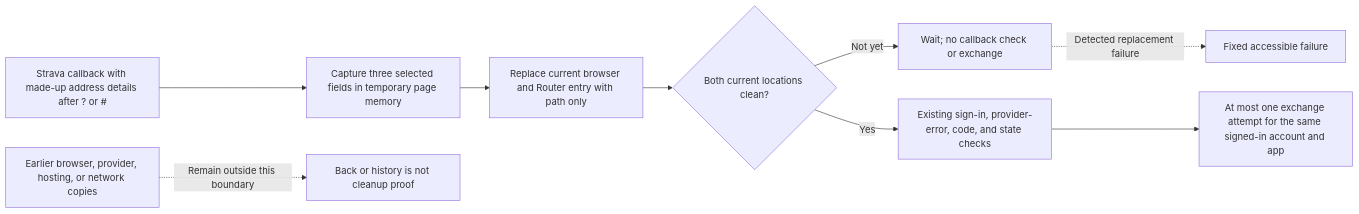
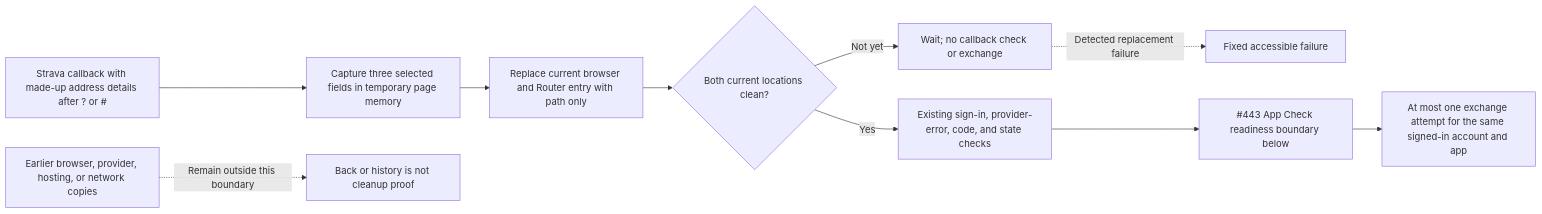
One commit to Run-MPRC/Run-MPRC.github.io changed the fourth of 47 diagrams in SYSTEM_DESIGN.md. Above: the diagram before and after it, drawn with Mermaid. The commit also changed other lines of this file and 7 other files, not shown here.

Commit message:
fix: prepare App Check after Strava callback cleanup

````diff
--- a/SYSTEM_DESIGN.md
+++ b/SYSTEM_DESIGN.md
@@ -137,11 +137,12 @@
 ```mermaid
 flowchart LR
     Route["Strava callback with made-up address details after ? or #"] --> Capture["Capture three selected fields in temporary page memory"]
     Capture --> Replace["Replace current browser and Router entry with path only"]
     Replace --> Clean{"Both current locations clean?"}
     Clean -- "Not yet" --> Wait["Wait; no callback check or exchange"]
     Wait -. "Detected replacement failure" .-> Stop["Fixed accessible failure"]
     Clean -- "Yes" --> Checks["Existing sign-in, provider-error, code, and state checks"]
-    Checks --> Exchange["At most one exchange attempt for the same signed-in account and app"]
+    Checks --> Handoff["#443 App Check readiness boundary below"]
+    Handoff --> Exchange["At most one exchange attempt for the same signed-in account and app"]
     Outside["Earlier browser, provider, hosting, or network copies"] -. "Remain outside this boundary" .-> Residual["Back or history is not cleanup proof"]
 ```
````
